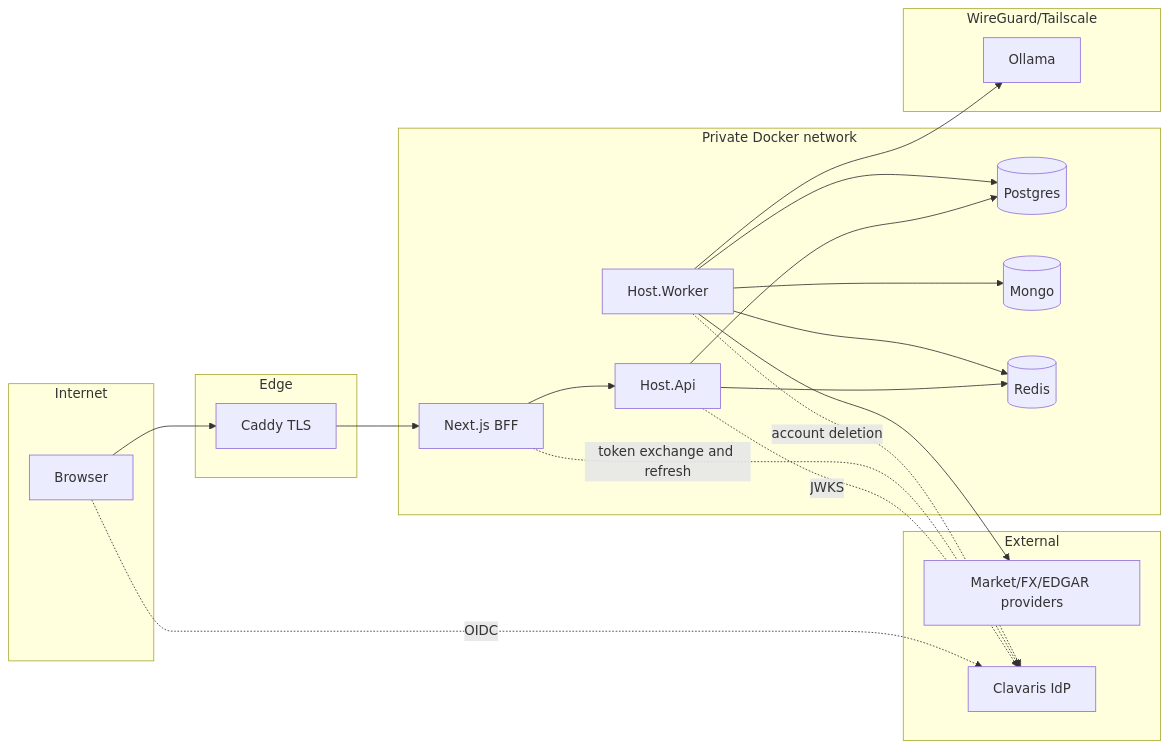
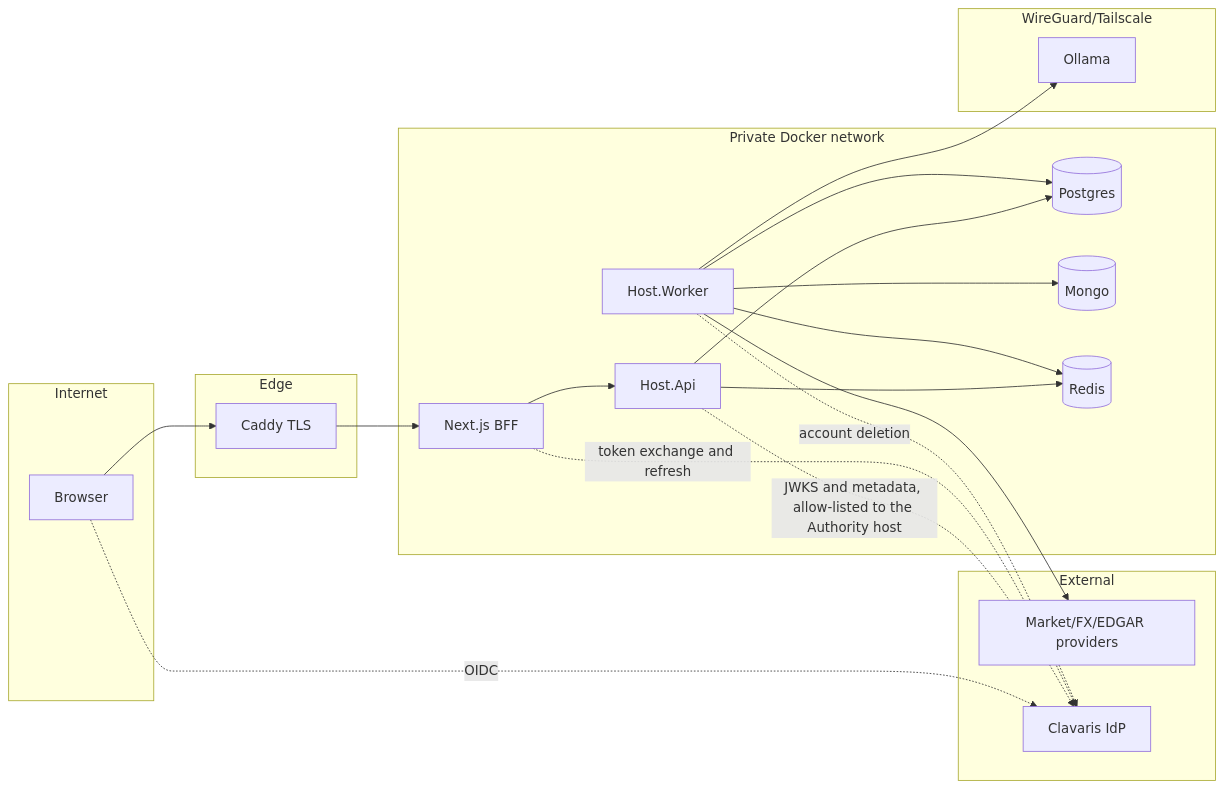
Before and after one commit to RedeArmy/saker-watch-app: the diagram in docs/threat-model/threat-model-v1.md, drawn with Mermaid. The commit also changed other lines of this file and 7 other files, not shown here.

````diff
--- a/docs/threat-model/threat-model-v1.md
+++ b/docs/threat-model/threat-model-v1.md
@@ -7,27 +7,27 @@
 ```mermaid
 flowchart LR
   subgraph Internet
     B[Browser]
   end
   subgraph Edge
     C[Caddy TLS]
   end
   subgraph Private[Private Docker network]
     W[Next.js BFF]
     A[Host.Api]
     K[Host.Worker]
     P[(Postgres)]
     M[(Mongo)]
     R[(Redis)]
   end
   subgraph Ext[External]
     X[Market/FX/EDGAR providers]
     I[Clavaris IdP]
   end
   subgraph LLMNet[WireGuard/Tailscale]
     L[Ollama]
   end
   B-->C-->W-->A
   A-->P; A-->R; K-->P; K-->M; K-->R
-  K-->X; K-->L; A-.JWKS.->I; B-.OIDC.->I; W-.token exchange and refresh.->I; K-.account deletion.->I
+  K-->X; K-->L; A-.JWKS and metadata, allow-listed to the Authority host.->I; B-.OIDC.->I; W-.token exchange and refresh.->I; K-.account deletion.->I
 ```
````
